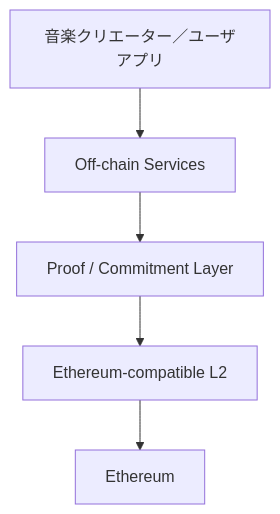
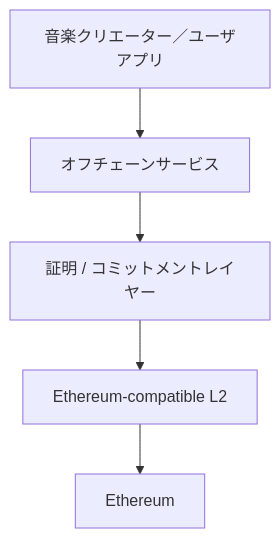
The first of 4 diagrams in docs/adr/ADR-0007-blockchain-l2-strategy.md (ShigeichiroYamasaki/creator-first-platform), drawn with Mermaid before and after one commit. The commit also changed other lines of this file and 72 other files, not shown here.

````diff
--- a/docs/adr/ADR-0007-blockchain-l2-strategy.md
+++ b/docs/adr/ADR-0007-blockchain-l2-strategy.md
@@ -64,13 +64,13 @@
 ```mermaid
 flowchart TD
     APP[音楽クリエーター／ユーザアプリ]
-    OFF[Off-chain Services]
-    PROOF[Proof / Commitment Layer]
+    OFF[オフチェーンサービス]
+    PROOF[証明 / コミットメントレイヤー]
     L2[Ethereum-compatible L2]
     ETH[Ethereum]
 
     APP --> OFF
     OFF --> PROOF
     PROOF --> L2
     L2 --> ETH
 ```
````
